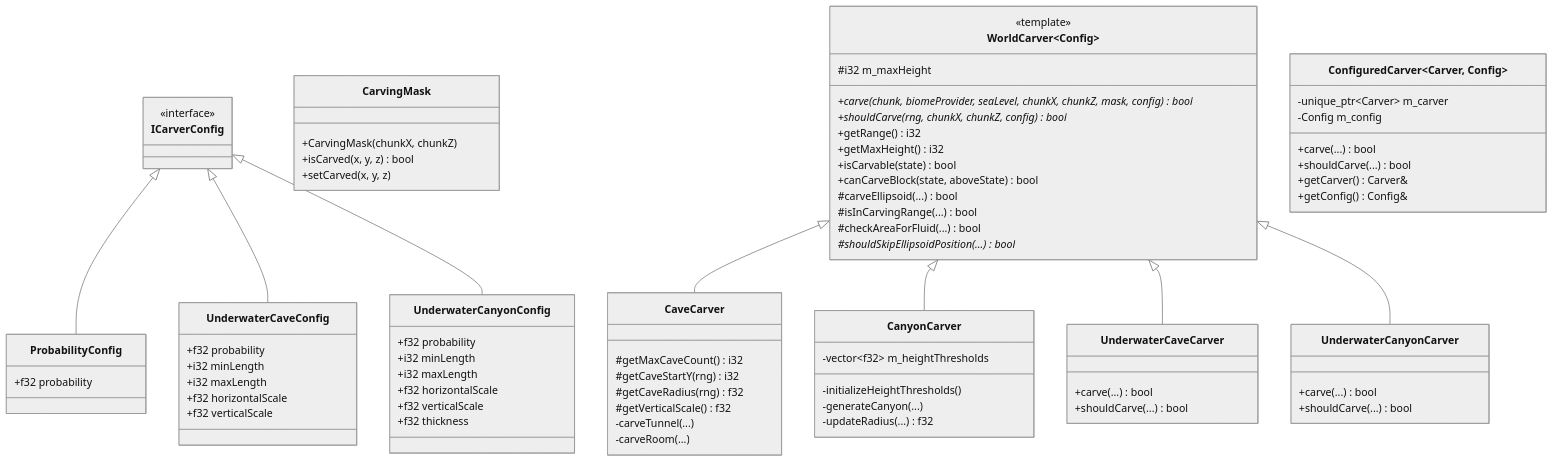
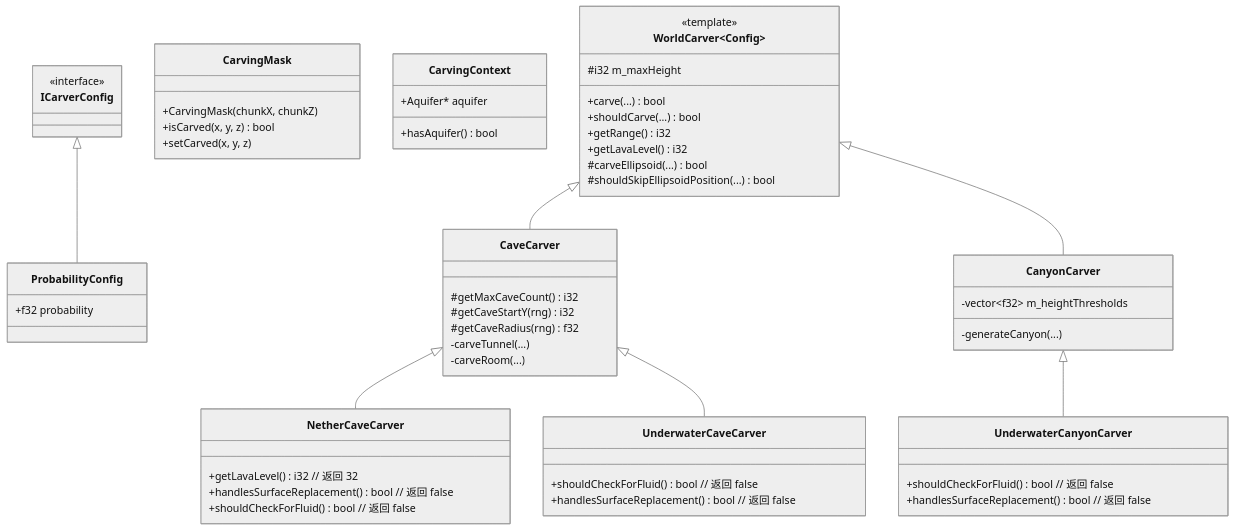
The diagram in src/common/world/gen/carver/README.md (g122622/Cubium), drawn with Mermaid (neutral theme) before and after one commit. The commit also changed other lines of this file and 298 other files, not shown here.

````diff
--- a/src/common/world/gen/carver/README.md
+++ b/src/common/world/gen/carver/README.md
@@ -329,85 +35,61 @@
         +f32 probability
     }
 
-    class UnderwaterCaveConfig {
-        +f32 probability
-        +i32 minLength
-        +i32 maxLength
-        +f32 horizontalScale
-        +f32 verticalScale
-    }
-
-    class UnderwaterCanyonConfig {
-        +f32 probability
-        +i32 minLength
-        +i32 maxLength
-        +f32 horizontalScale
-        +f32 verticalScale
-        +f32 thickness
-    }
-
     class CarvingMask {
         +CarvingMask(chunkX, chunkZ)
         +isCarved(x, y, z) bool
         +setCarved(x, y, z)
     }
 
+    class CarvingContext {
+        +Aquifer* aquifer
+        +hasAquifer() bool
+    }
+
     class WorldCarver~Config~ {
         <<template>>
         #i32 m_maxHeight
-        +carve(chunk, biomeProvider, seaLevel, chunkX, chunkZ, mask, config)* bool
-        +shouldCarve(rng, chunkX, chunkZ, config)* bool
+        +carve(...) bool
+        +shouldCarve(...) bool
         +getRange() i32
-        +getMaxHeight() i32
-        +isCarvable(state) bool
-        +canCarveBlock(state, aboveState) bool
+        +getLavaLevel() i32
         #carveEllipsoid(...) bool
-        #isInCarvingRange(...) bool
-        #checkAreaForFluid(...) bool
-        #shouldSkipEllipsoidPosition(...)* bool
+        #shouldSkipEllipsoidPosition(...) bool
     }
 
     class CaveCarver {
         #getMaxCaveCount() i32
         #getCaveStartY(rng) i32
         #getCaveRadius(rng) f32
-        #getVerticalScale() f32
         -carveTunnel(...)
         -carveRoom(...)
     }
 
     class CanyonCarver {
         -vector~f32~ m_heightThresholds
-        -initializeHeightThresholds()
         -generateCanyon(...)
-        -updateRadius(...) f32
+    }
+
+    class NetherCaveCarver {
+        +getLavaLevel() i32  // 返回 32
+        +handlesSurfaceReplacement() bool  // 返回 false
+        +shouldCheckForFluid() bool  // 返回 false
     }
 
     class UnderwaterCaveCarver {
-        +carve(...) bool
-        +shouldCarve(...) bool
+        +shouldCheckForFluid() bool  // 返回 false
+        +handlesSurfaceReplacement() bool  // 返回 false
     }
 
     class UnderwaterCanyonCarver {
-        +carve(...) bool
-        +shouldCarve(...) bool
-    }
-
-    class ConfiguredCarver~Carver, Config~ {
-        -unique_ptr~Carver~ m_carver
-        -Config m_config
-        +carve(...) bool
-        +shouldCarve(...) bool
-        +getCarver() Carver&
-        +getConfig() Config&
+        +shouldCheckForFluid() bool  // 返回 false
+        +handlesSurfaceReplacement() bool  // 返回 false
     }
 
     ICarverConfig <|-- ProbabilityConfig
-    ICarverConfig <|-- UnderwaterCaveConfig
-    ICarverConfig <|-- UnderwaterCanyonConfig
-
     WorldCarver~ProbabilityConfig~ <|-- CaveCarver
     WorldCarver~ProbabilityConfig~ <|-- CanyonCarver
-    WorldCarver~UnderwaterCaveConfig~ <|-- UnderwaterCaveCarver
-    WorldCarver~UnderwaterCanyonConfig~ <|-- UnderwaterCanyonCarver
+    CaveCarver <|-- NetherCaveCarver
+    CaveCarver <|-- UnderwaterCaveCarver
+    CanyonCarver <|-- UnderwaterCanyonCarver
 ```
````
